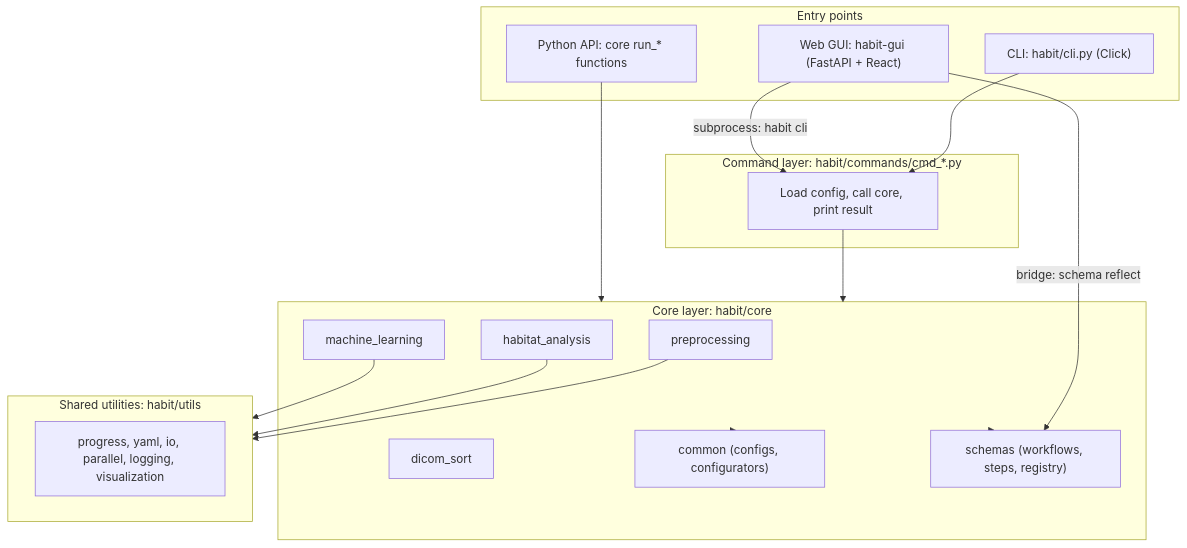
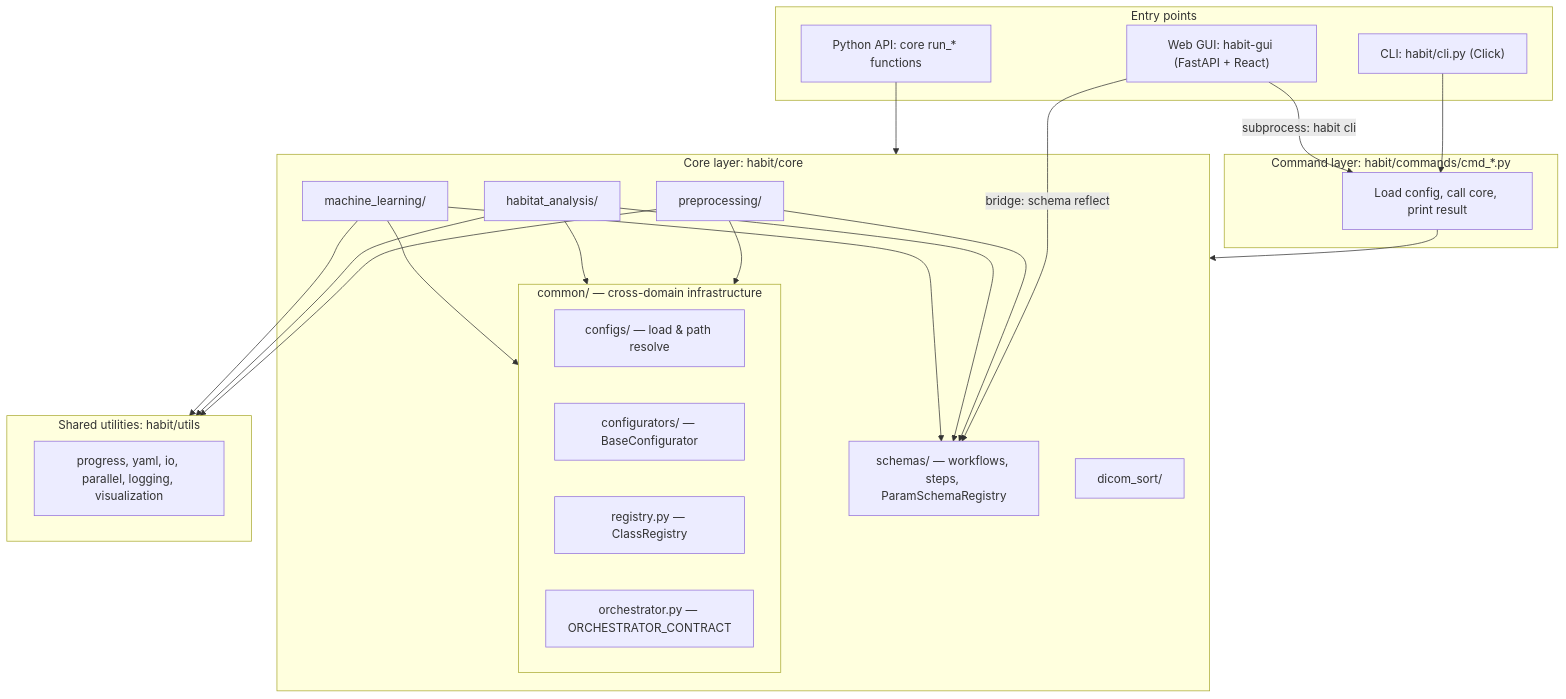
The first of 5 diagrams in docs/source/development/architecture.rst (lichao312214129/HABIT), drawn with Mermaid before and after one commit. The commit also changed other lines of this file and 23 other files, not shown here.

```diff
--- a/docs/source/development/architecture.rst
+++ b/docs/source/development/architecture.rst
@@ -22,36 +25,45 @@
 .. mermaid::
 
    flowchart TD
      subgraph Entry["Entry points"]
        CLI["CLI: habit/cli.py (Click)"]
        PY["Python API: core run_* functions"]
        GUI["Web GUI: habit-gui (FastAPI + React)"]
      end
 
      subgraph Cmd["Command layer: habit/commands/cmd_*.py"]
        CMD["Load config, call core, print result"]
      end
 
      subgraph Core["Core layer: habit/core"]
-       PRE["preprocessing"]
-       HAB["habitat_analysis"]
-       ML["machine_learning"]
-       DCM["dicom_sort"]
-       COM["common (configs, configurators)"]
-       SCH["schemas (workflows, steps, registry)"]
+       subgraph COM["common/ — cross-domain infrastructure"]
+         CFG["configs/ — load & path resolve"]
+         CON["configurators/ — BaseConfigurator"]
+         REG["registry.py — ClassRegistry"]
+         ORC["orchestrator.py — ORCHESTRATOR_CONTRACT"]
+       end
+       SCH["schemas/ — workflows, steps, ParamSchemaRegistry"]
+       PRE["preprocessing/"]
+       HAB["habitat_analysis/"]
+       ML["machine_learning/"]
+       DCM["dicom_sort/"]
      end
 
      subgraph Utils["Shared utilities: habit/utils"]
        U["progress, yaml, io, parallel, logging, visualization"]
      end
 
      CLI --> CMD
      GUI -->|subprocess: habit cli| CMD
      GUI -->|bridge: schema reflect| SCH
      CMD --> Core
      PY --> Core
      PRE --> Utils
      HAB --> Utils
      ML --> Utils
-     Core --> COM
-     Core --> SCH
+     PRE --> COM
+     HAB --> COM
+     ML --> COM
+     PRE --> SCH
+     HAB --> SCH
+     ML --> SCH
```
